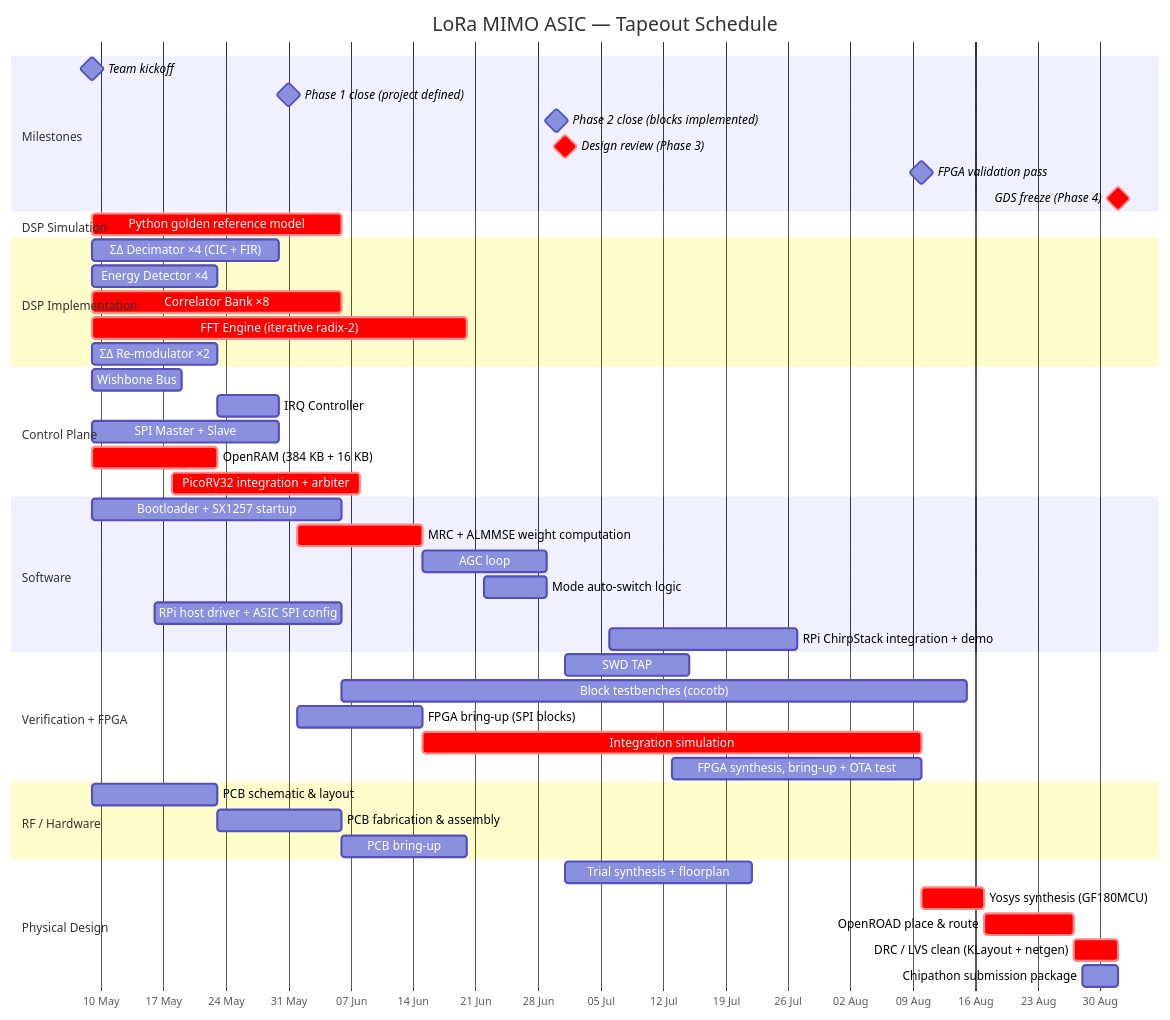
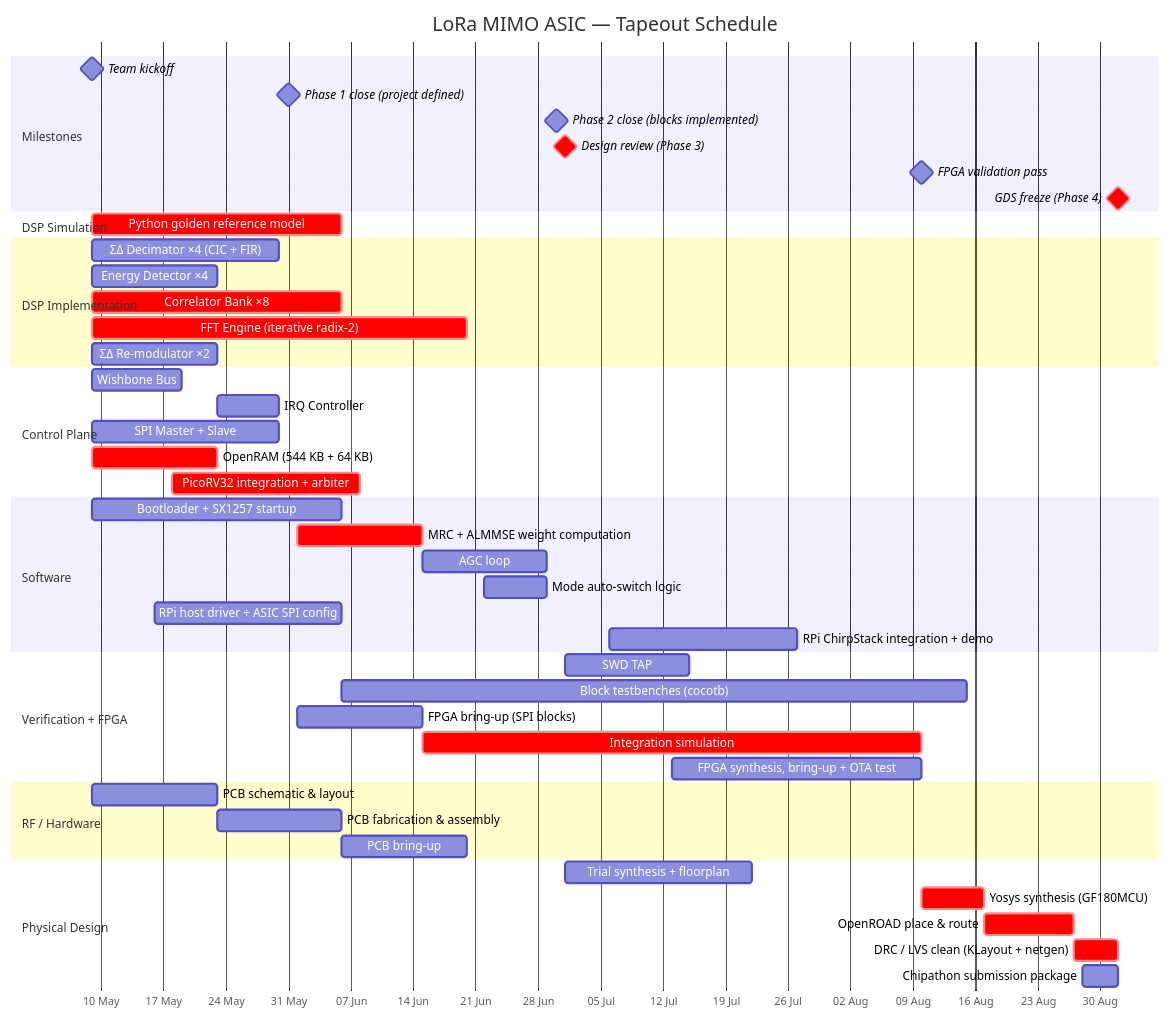
Before and after one commit to Sheffield-Chip-Design-Team/chipathon-2026: the diagram in lora-mimo/planning/Gantt.md, drawn with Mermaid. The commit also changed 16 other files, not shown here.

Commit message:
Update DSP flow handoff docs

````diff
--- a/lora-mimo/planning/Gantt.md
+++ b/lora-mimo/planning/Gantt.md
@@ -9,58 +9,58 @@
 ```mermaid
 gantt
     title LoRa MIMO ASIC — Tapeout Schedule
     dateFormat  YYYY-MM-DD
     axisFormat  %d %b
 
     section Milestones
     Team kickoff                         :milestone, m1, 2026-05-09, 0d
     Phase 1 close (project defined)      :milestone, m_p1, 2026-05-31, 0d
     Phase 2 close (blocks implemented)   :milestone, m_p2, 2026-06-30, 0d
     Design review (Phase 3)              :milestone, crit, m2, 2026-07-01, 0d
     FPGA validation pass                 :milestone, m3,     2026-08-10, 0d
     GDS freeze (Phase 4)                 :milestone, crit, m4, 2026-09-01, 0d
 
     section DSP Simulation
     Python golden reference model        :crit, vf1,  2026-05-09, 28d
 
     section DSP Implementation
     ΣΔ Decimator ×4 (CIC + FIR)         :rx1,  2026-05-09, 21d
     Energy Detector ×4                   :rx2,  2026-05-09, 14d
     Correlator Bank ×8                   :crit, rx3,  2026-05-09, 28d
     FFT Engine (iterative radix-2)       :crit, rx4,  2026-05-09, 42d
     ΣΔ Re-modulator ×2                   :rx6,  2026-05-09, 14d
 
     section Control Plane
     Wishbone Bus                         :cb4,  2026-05-09, 10d
     IRQ Controller                       :cb3,  2026-05-23, 7d
     SPI Master + Slave                   :cb1,  2026-05-09, 21d
-    OpenRAM (384 KB + 16 KB)             :crit, cm1,  2026-05-09, 14d
+    OpenRAM (544 KB + 64 KB)             :crit, cm1,  2026-05-09, 14d
     PicoRV32 integration + arbiter       :crit, cm3,  2026-05-18, 21d
 
     section Software
     Bootloader + SX1257 startup          :fw0,  2026-05-09, 28d
     MRC + ALMMSE weight computation      :crit, fw2,  2026-06-01, 14d
     AGC loop                             :fw4,  2026-06-15, 14d
     Mode auto-switch logic               :fw5,  2026-06-22, 7d
     RPi host driver + ASIC SPI config    :fw6,  2026-05-16, 21d
     RPi ChirpStack integration + demo    :fw7,  2026-07-06, 21d
 
     section Verification + FPGA
     SWD TAP                              :cm4,  2026-07-01, 14d
     Block testbenches (cocotb)           :vf2,  after vf1, 70d
     FPGA bring-up (SPI blocks)           :fp0,  2026-06-01, 14d
     Integration simulation               :crit, vf4,  2026-06-15, 56d
     FPGA synthesis, bring-up + OTA test  :fp1,  2026-07-13, 28d
 
     section RF / Hardware
     PCB schematic & layout               :hw2,  2026-05-09, 14d
     PCB fabrication & assembly           :hw3,  2026-05-23, 14d
     PCB bring-up                         :hw4,  2026-06-06, 14d
 
     section Physical Design
     Trial synthesis + floorplan          :pd0,  2026-07-01, 21d
     Yosys synthesis (GF180MCU)           :crit, pd1,  2026-08-10, 7d
     OpenROAD place & route               :crit, pd2,  2026-08-17, 10d
     DRC / LVS clean (KLayout + netgen)   :crit, pd3,  2026-08-27, 5d
     Chipathon submission package         :pd4,  2026-08-28, 4d
 ```
````
